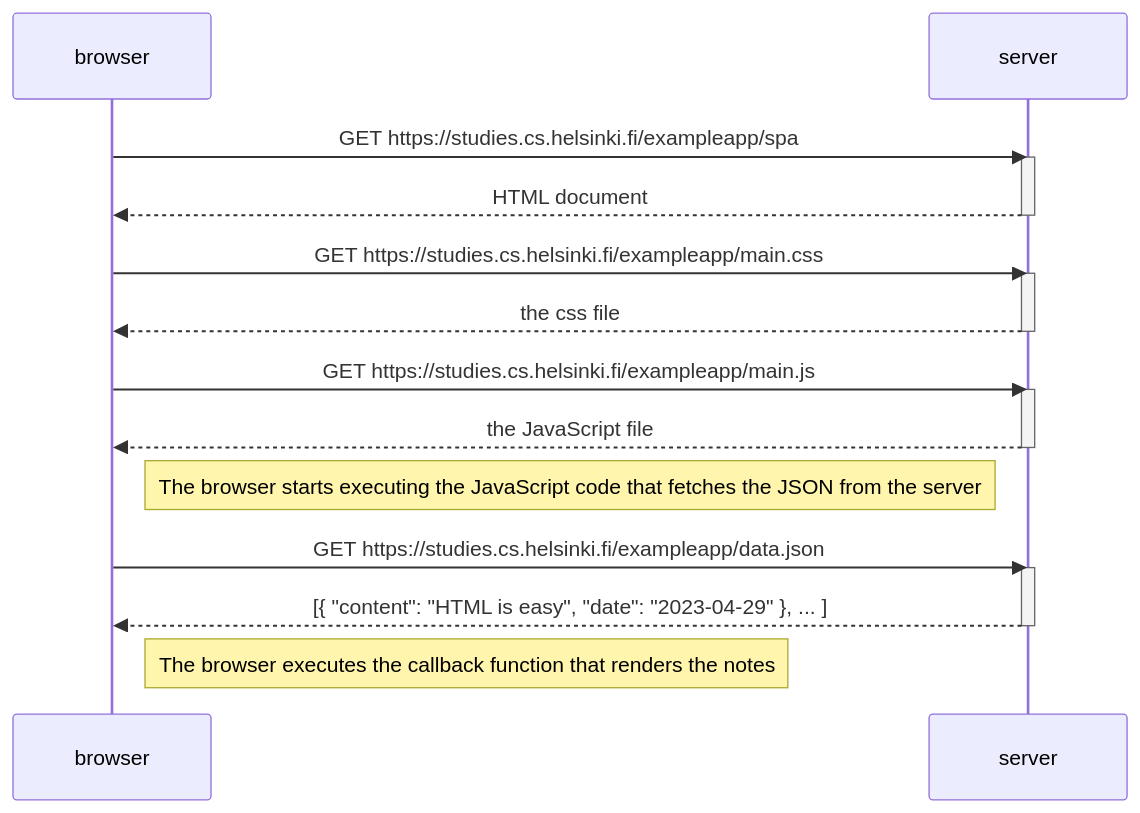
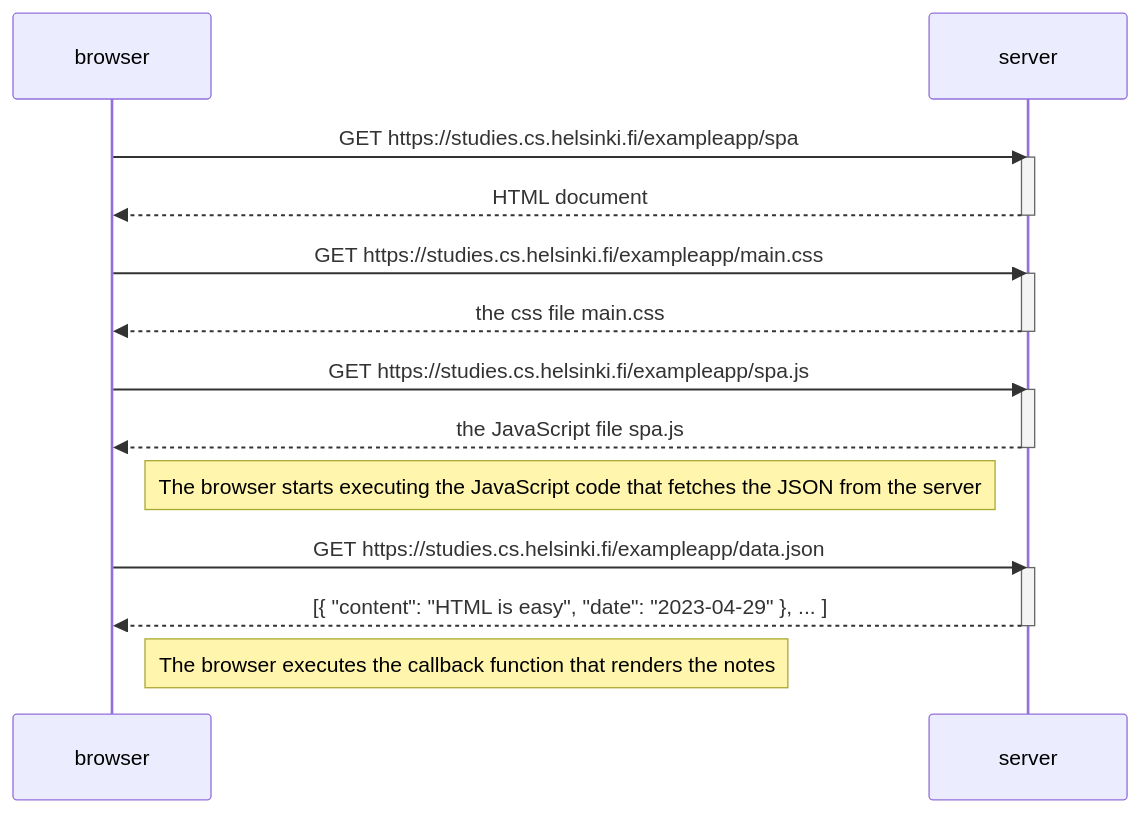
The diagram in part0/0.5-spa.md (anasahmd/fullstackopen), drawn with Mermaid before and after one commit.

````diff
--- a/part0/0.5-spa.md
+++ b/part0/0.5-spa.md
@@ -1,29 +1,29 @@
 ```mermaid
   sequenceDiagram
     participant browser
     participant server
 
     browser->>server: GET https://studies.cs.helsinki.fi/exampleapp/spa
     activate server
     server-->>browser: HTML document
     deactivate server
 
     browser->>server: GET https://studies.cs.helsinki.fi/exampleapp/main.css
     activate server
-    server-->>browser: the css file
+    server-->>browser: the css file main.css
     deactivate server
 
-    browser->>server: GET https://studies.cs.helsinki.fi/exampleapp/main.js
+    browser->>server: GET https://studies.cs.helsinki.fi/exampleapp/spa.js
     activate server
-    server-->>browser: the JavaScript file
+    server-->>browser: the JavaScript file spa.js
     deactivate server
 
     Note right of browser: The browser starts executing the JavaScript code that fetches the JSON from the server
 
     browser->>server: GET https://studies.cs.helsinki.fi/exampleapp/data.json
     activate server
     server-->>browser: [{ "content": "HTML is easy", "date": "2023-04-29" }, ... ]
     deactivate server
 
     Note right of browser: The browser executes the callback function that renders the notes
 ```
````
